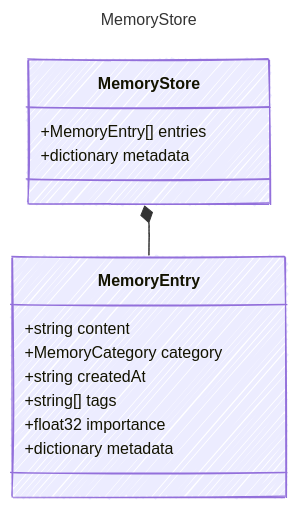
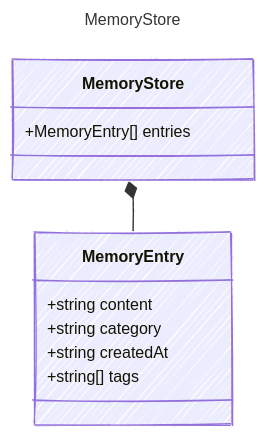
Before and after one commit to microsoft/prompty: the diagram in web/src/content/docs/reference/MemoryStore.md, drawn with Mermaid. The commit also changed other lines of this file and 42 other files, not shown here.

````diff
--- a/web/src/content/docs/reference/MemoryStore.md
+++ b/web/src/content/docs/reference/MemoryStore.md
@@ -16,24 +17,21 @@
 ```mermaid
 ---
 title: MemoryStore
 config:
   look: handDrawn
   theme: colorful
   class:
     hideEmptyMembersBox: true
 ---
 classDiagram
     class MemoryStore {
         +MemoryEntry[] entries
-        +dictionary metadata
     }
     class MemoryEntry {
         +string content
-        +MemoryCategory category
+        +string category
         +string createdAt
         +string[] tags
-        +float32 importance
-        +dictionary metadata
     }
     MemoryStore *-- MemoryEntry
 ```
````
